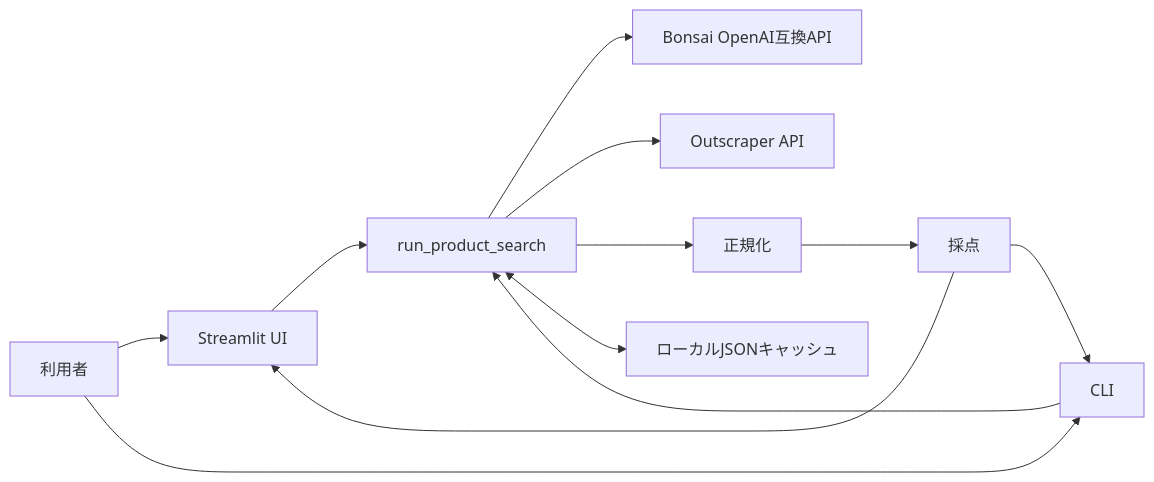
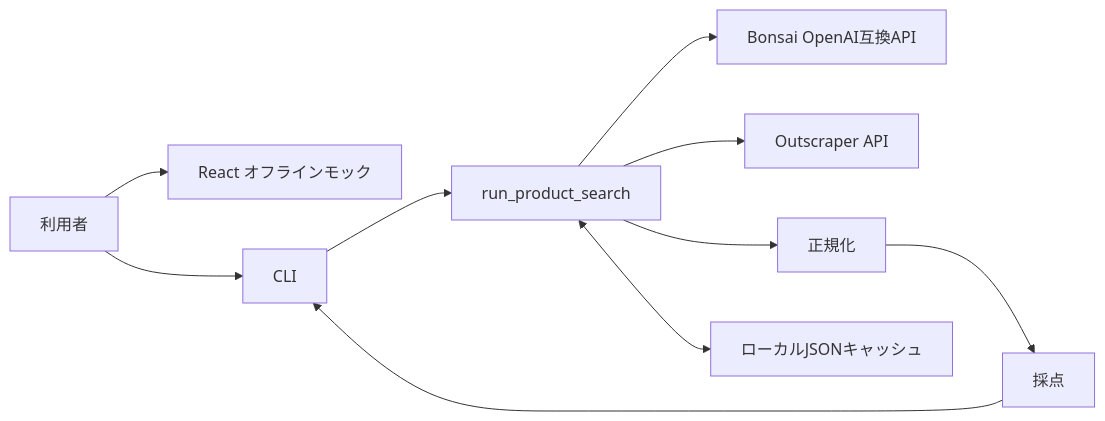
Before and after one commit to lycanthr0pes/Amazon-Similarity-Search: the diagram in docs/BACKEND.md, drawn with Mermaid. The commit also changed other lines of this file and 22 other files, not shown here.

````diff
--- a/docs/BACKEND.md
+++ b/docs/BACKEND.md
@@ -1147,14 +1141,12 @@
 ```mermaid
 flowchart LR
-    User[利用者] --> UI[Streamlit UI]
+    User[利用者] --> UI[React オフラインモック]
     User --> CLI[CLI]
-    UI --> Pipeline[run_product_search]
-    CLI --> Pipeline
+    CLI --> Pipeline[run_product_search]
     Pipeline --> Bonsai[Bonsai OpenAI互換API]
     Pipeline --> Outscraper[Outscraper API]
     Pipeline --> Normalize[正規化]
     Normalize --> Score[採点]
     Pipeline <--> Cache[ローカルJSONキャッシュ]
-    Score --> UI
     Score --> CLI
 ```
````
